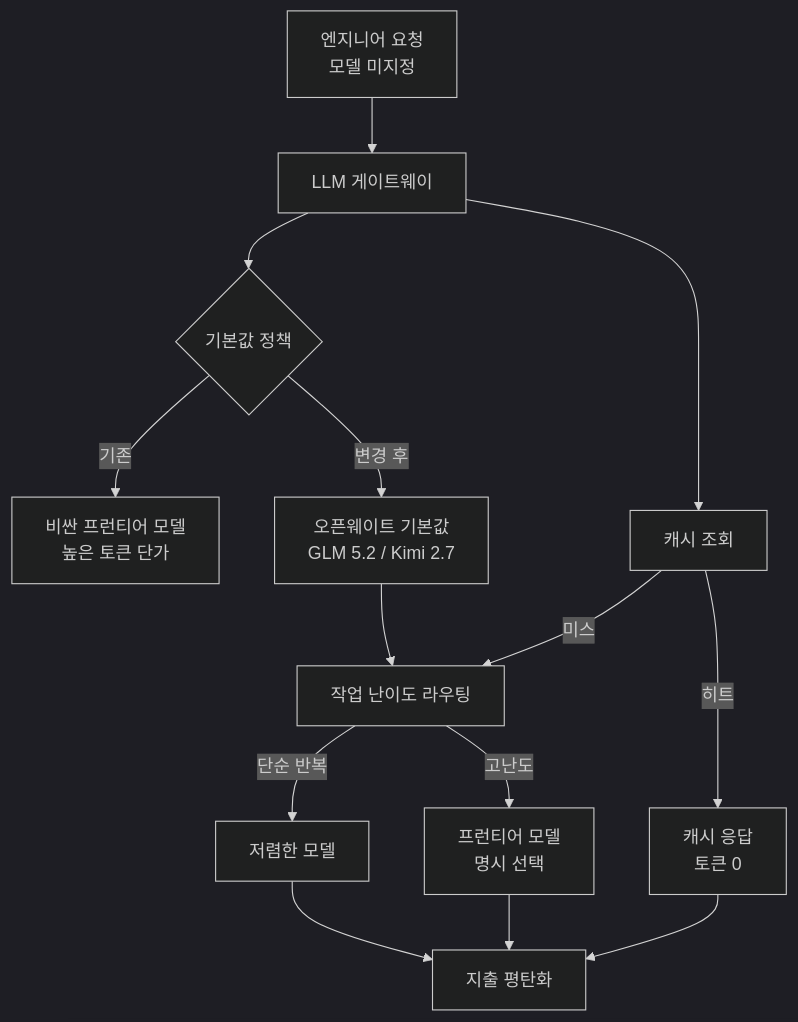
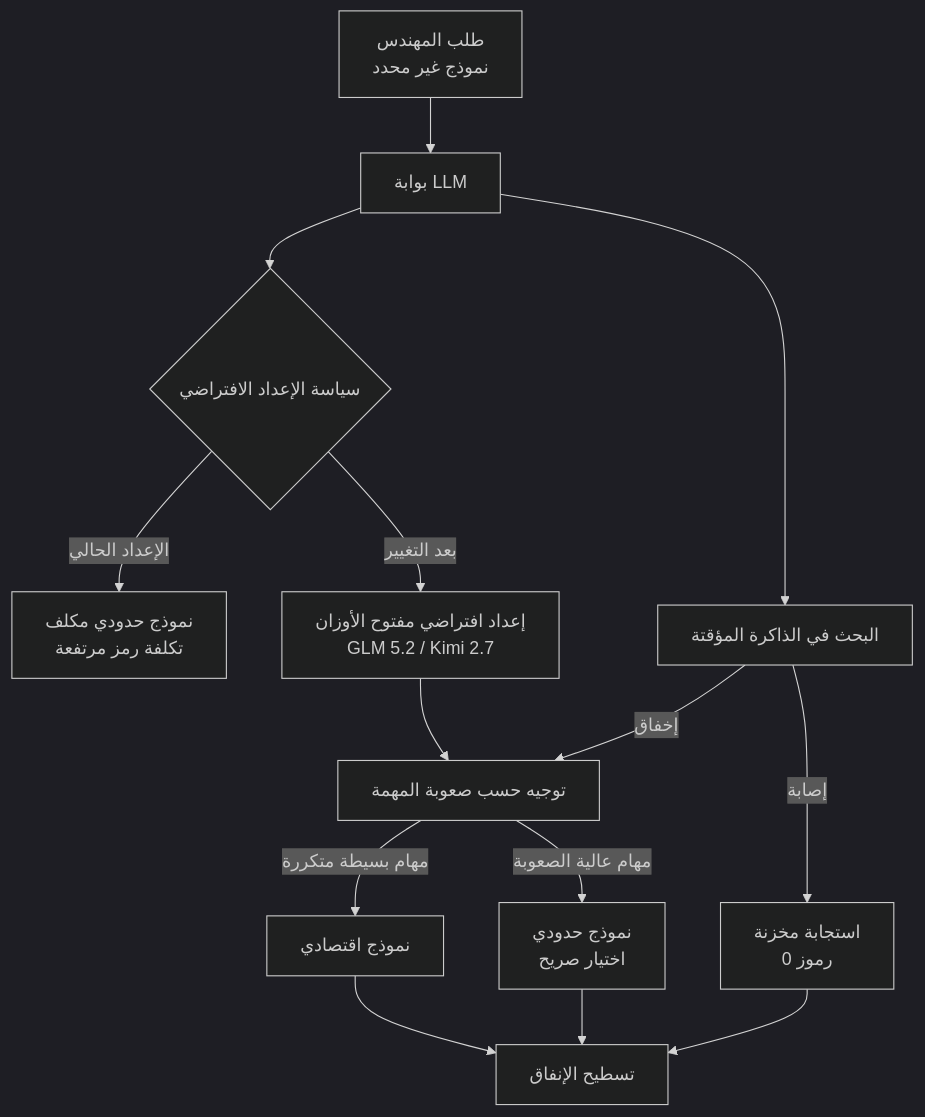
Before and after one commit to ThakiCloud/thakicloud.github.io: the diagram in _posts/ar/llmops/2026-06-27-coinbase-flat-ai-spend-routing-caching-defaults.md, drawn with Mermaid (dark theme). The commit also changed 21 other files, not shown here.

First line of the commit message:
fix(blog): translate mermaid labels to post language (en/ar)

````diff
--- a/_posts/ar/llmops/2026-06-27-coinbase-flat-ai-spend-routing-caching-defaults.md
+++ b/_posts/ar/llmops/2026-06-27-coinbase-flat-ai-spend-routing-caching-defaults.md
@@ -40,16 +40,16 @@
 ```mermaid
 flowchart TB
-    A[엔지니어 요청<br/>모델 미지정] --> B[LLM 게이트웨이]
-    B --> C{기본값 정책}
-    C -->|기존| D[비싼 프런티어 모델<br/>높은 토큰 단가]
-    C -->|변경 후| E[오픈웨이트 기본값<br/>GLM 5.2 / Kimi 2.7]
-    E --> F[작업 난이도 라우팅]
-    F -->|단순 반복| G[저렴한 모델]
-    F -->|고난도| H[프런티어 모델<br/>명시 선택]
-    B --> I[캐시 조회]
-    I -->|히트| J[캐시 응답<br/>토큰 0]
-    I -->|미스| F
-    G --> K[지출 평탄화]
+    A[طلب المهندس<br/>نموذج غير محدد] --> B[بوابة LLM]
+    B --> C{سياسة الإعداد الافتراضي}
+    C -->|الإعداد الحالي| D[نموذج حدودي مكلف<br/>تكلفة رمز مرتفعة]
+    C -->|بعد التغيير| E[إعداد افتراضي مفتوح الأوزان<br/>GLM 5.2 / Kimi 2.7]
+    E --> F[توجيه حسب صعوبة المهمة]
+    F -->|مهام بسيطة متكررة| G[نموذج اقتصادي]
+    F -->|مهام عالية الصعوبة| H[نموذج حدودي<br/>اختيار صريح]
+    B --> I[البحث في الذاكرة المؤقتة]
+    I -->|إصابة| J[استجابة مخزنة<br/>رموز 0]
+    I -->|إخفاق| F
+    G --> K[تسطيح الإنفاق]
     H --> K
     J --> K
 ```
````
